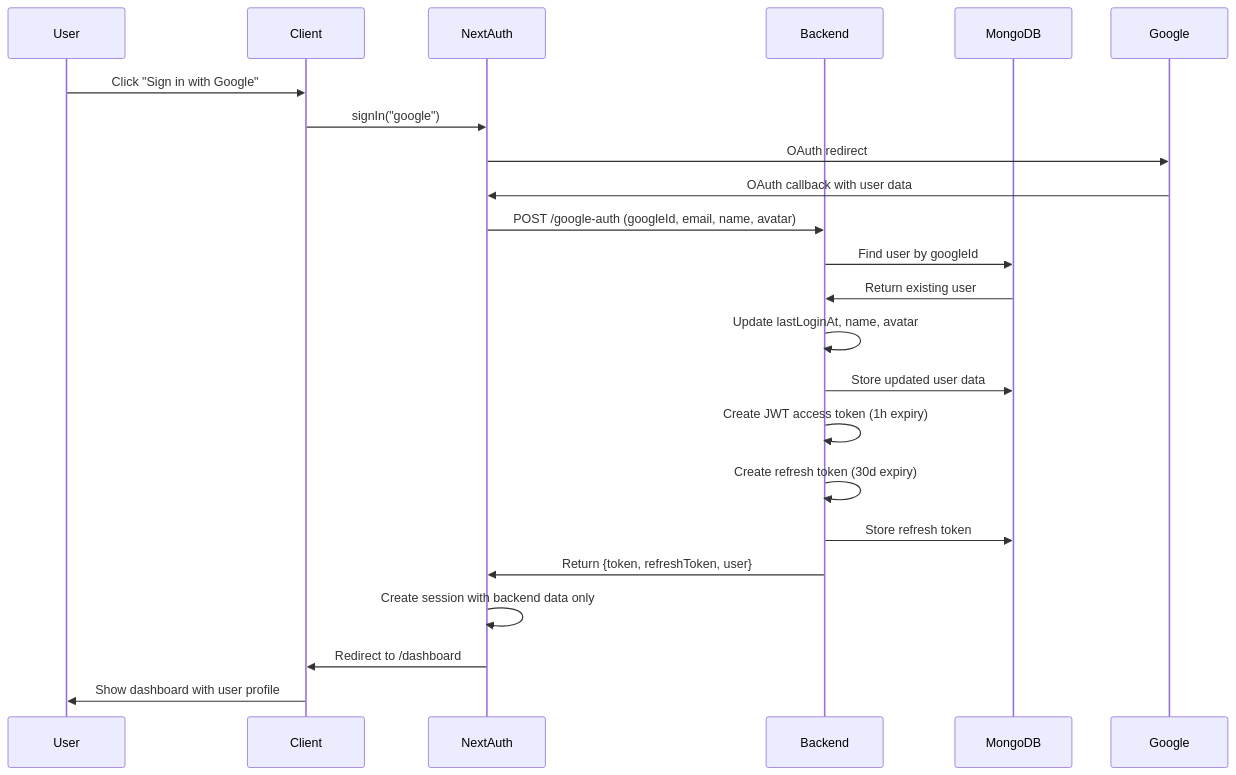
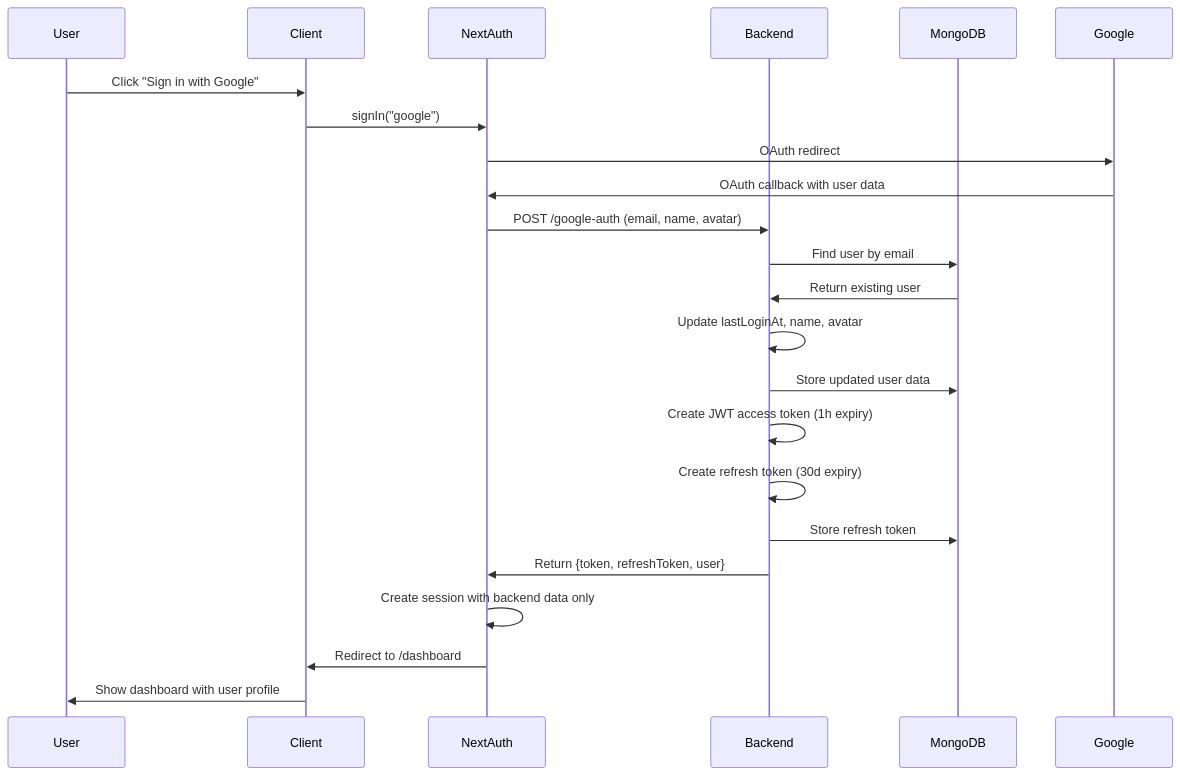
The first of 5 diagrams in FLOW.md (Musyonchez/syntax), drawn with Mermaid before and after one commit. The commit also changed other lines of this file, not shown here.

First line of the commit message:
docs: Update FLOW.md to reflect current production-ready implementation

````diff
--- a/FLOW.md
+++ b/FLOW.md
@@ -9,25 +15,25 @@
 ```mermaid
 sequenceDiagram
     participant User
     participant Client
     participant NextAuth
     participant Backend
     participant MongoDB
 
     User->>Client: Click "Sign in with Google"
     Client->>NextAuth: signIn("google")
     NextAuth->>Google: OAuth redirect
     Google->>NextAuth: OAuth callback with user data
-    NextAuth->>Backend: POST /google-auth (googleId, email, name, avatar)
-    Backend->>MongoDB: Find user by googleId
+    NextAuth->>Backend: POST /google-auth (email, name, avatar)
+    Backend->>MongoDB: Find user by email
     MongoDB->>Backend: Return existing user
     Backend->>Backend: Update lastLoginAt, name, avatar
     Backend->>MongoDB: Store updated user data
     Backend->>Backend: Create JWT access token (1h expiry)
     Backend->>Backend: Create refresh token (30d expiry)
     Backend->>MongoDB: Store refresh token
     Backend->>NextAuth: Return {token, refreshToken, user}
     NextAuth->>NextAuth: Create session with backend data only
     NextAuth->>Client: Redirect to /dashboard
     Client->>User: Show dashboard with user profile
 ```
````
